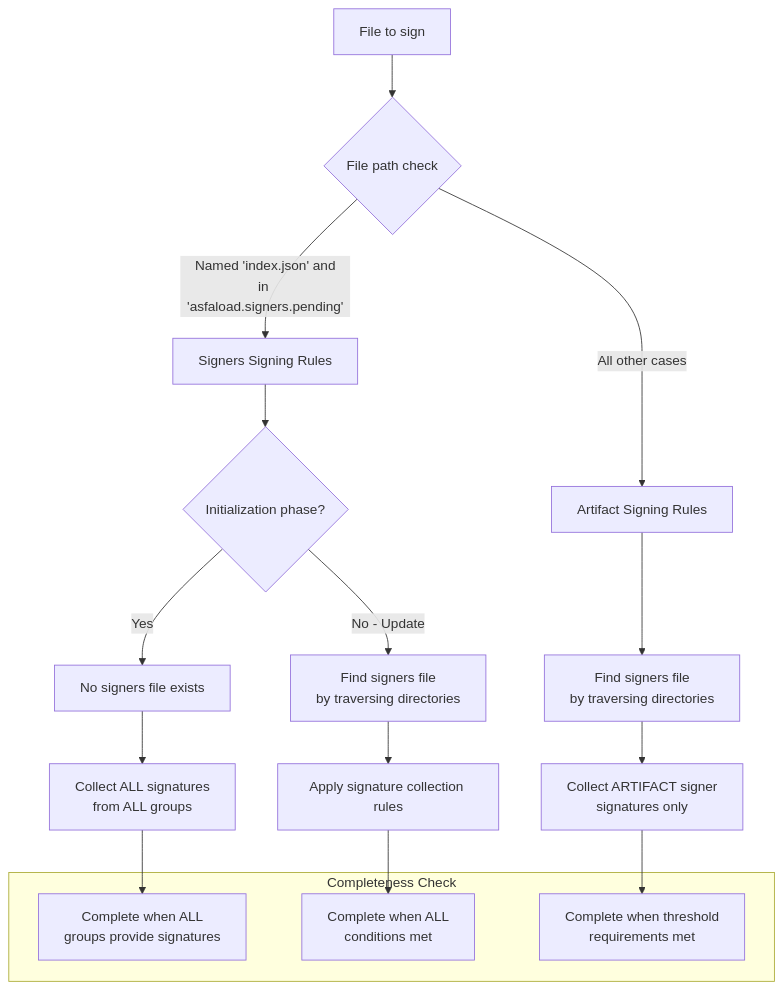
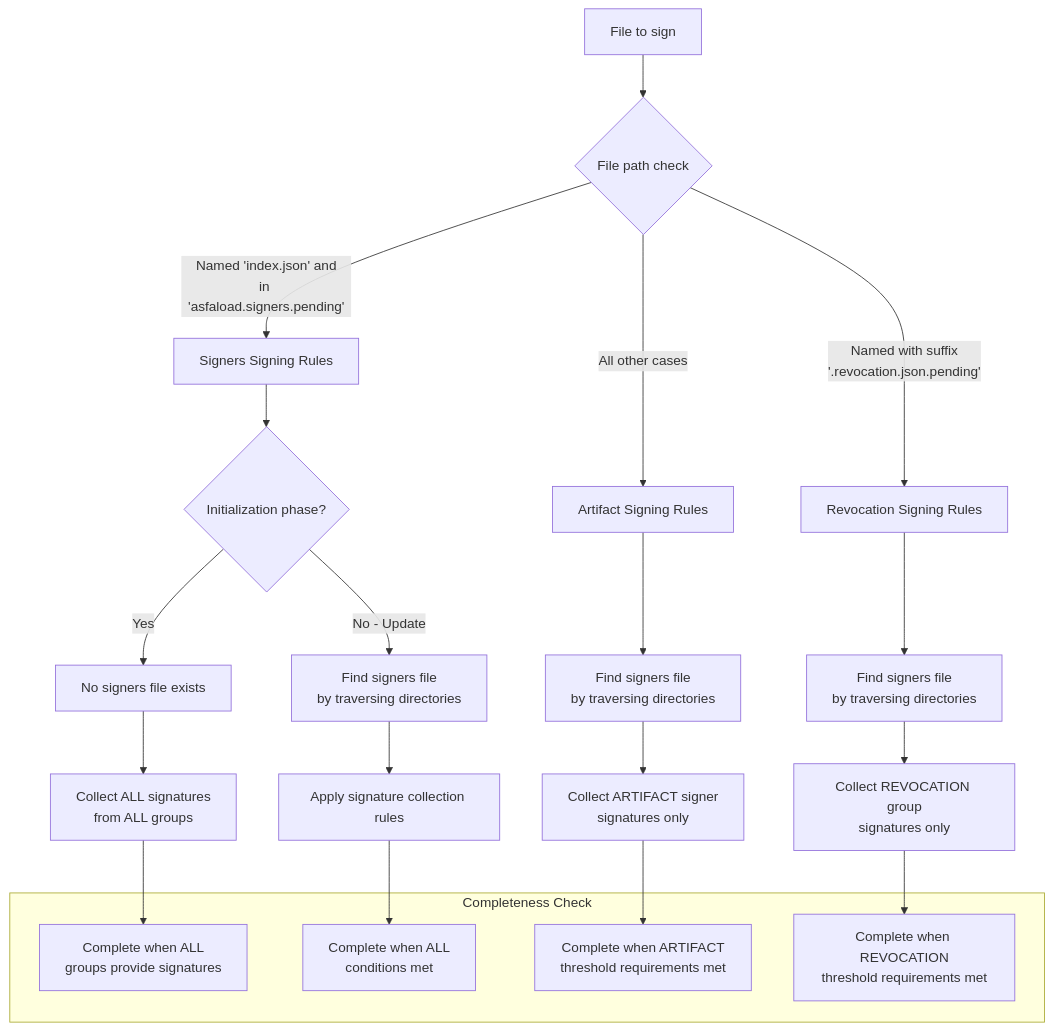
The seventh of 8 diagrams in spec.md (asfaload/spec), drawn with Mermaid before and after one commit. The commit also changed other lines of this file, not shown here.

First line of the commit message:
add revocation group

````diff
--- a/spec.md
+++ b/spec.md
@@ -420,26 +443,32 @@
 ```mermaid
 flowchart TD
     A[File to sign] --> B{File path check}
     B -->|Named 'index.json' and<br/>in 'asfaload.signers.pending'| C[Signers Signing Rules]
+    B -->|Named with suffix<br/>'.revocation.json.pending'| R[Revocation Signing Rules]
     B -->|All other cases| D[Artifact Signing Rules]
 
     C --> E{Initialization phase?}
     E -->|Yes| F[No signers file exists]
     F --> G[Collect ALL signatures<br/>from ALL groups]
 
     E -->|No - Update| H[Find signers file<br/>by traversing directories]
     H --> I[Apply signature collection rules]
 
     D --> J[Find signers file<br/>by traversing directories]
     J --> K[Collect ARTIFACT signer<br/>signatures only]
 
+    R --> S[Find signers file<br/>by traversing directories]
+    S --> T[Collect REVOCATION group<br/>signatures only]
+
     G --> L[Complete when ALL<br/>groups provide signatures]
     I --> M[Complete when ALL<br/>conditions met]
-    K --> N[Complete when threshold<br/>requirements met]
+    K --> N[Complete when ARTIFACT<br/>threshold requirements met]
+    T --> U[Complete when REVOCATION<br/>threshold requirements met]
 
     subgraph Completeness Check
     L
     M
     N
+    U
     end
 ```
````
